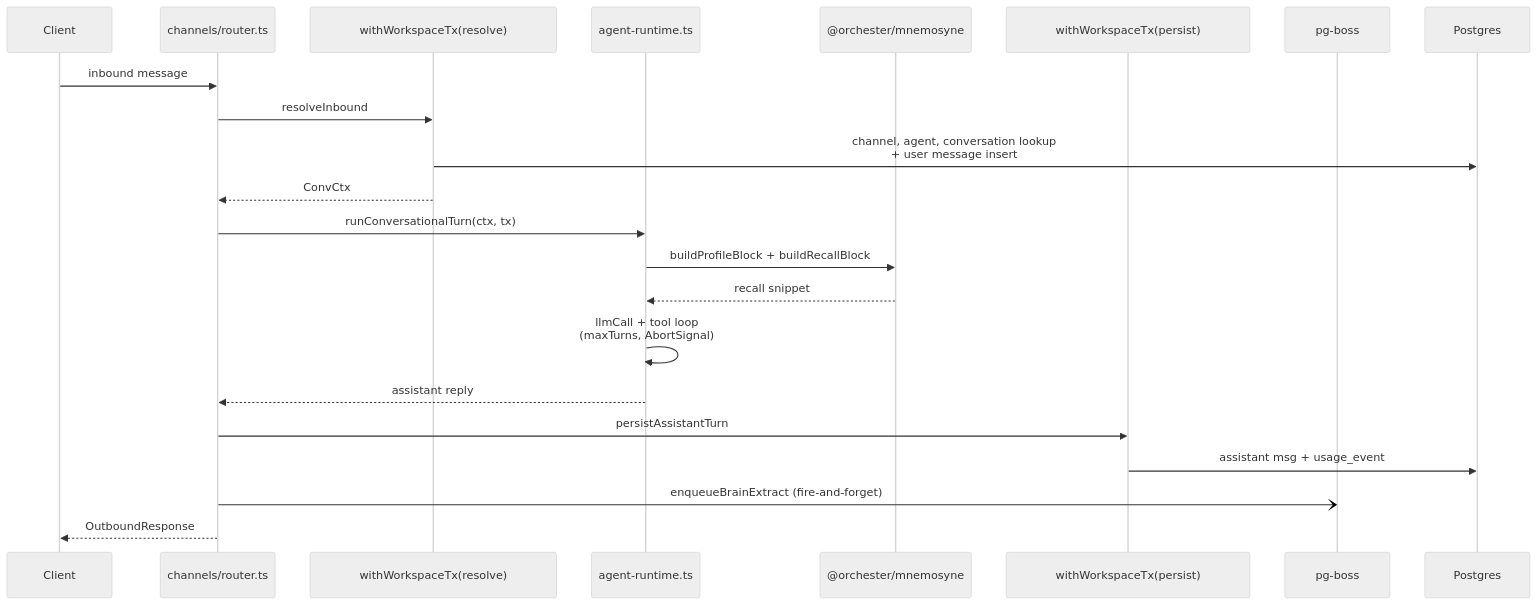
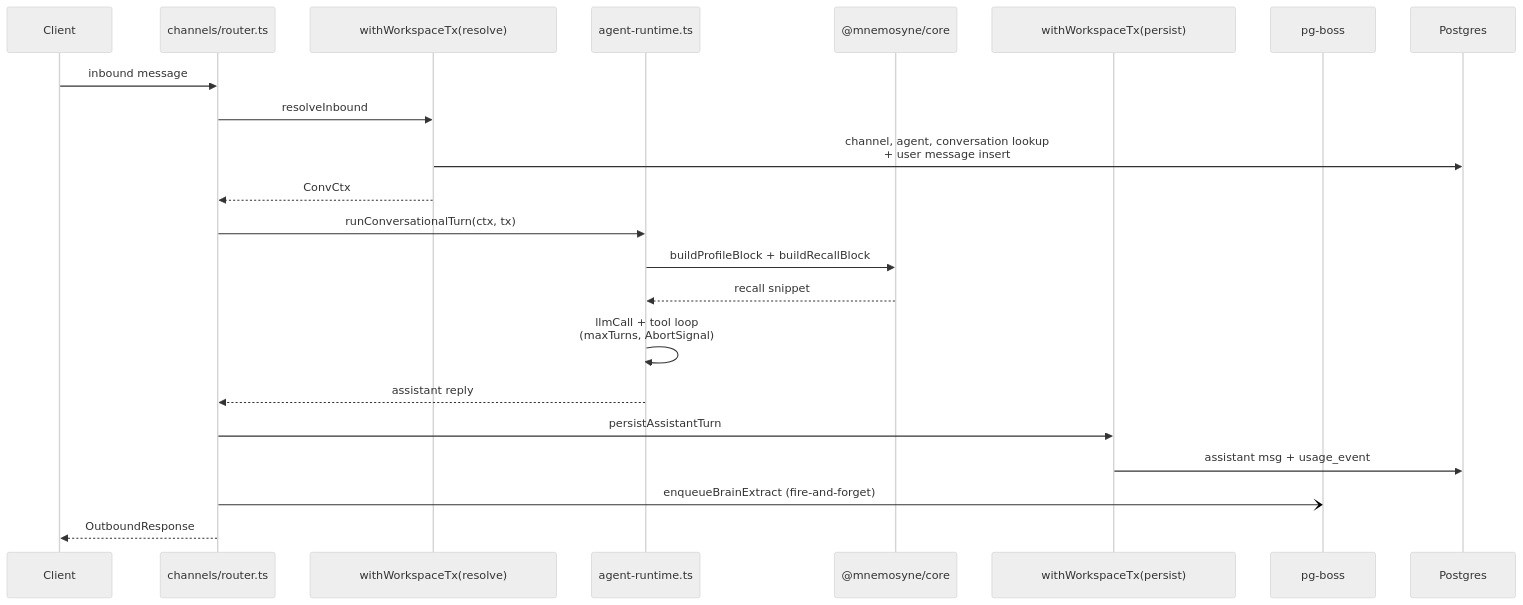
One commit to lucasmailland/orchester changed the fourth of 5 diagrams in docs/ARCHITECTURE.md. Above: the diagram before and after it, drawn with Mermaid (neutral theme). The commit also changed other lines of this file and 1 other file, not shown here.

First line of the commit message:
docs(mnemo): update README + ARCHITECTURE.md to reference standalone @mnemosyne/core repo

````diff
--- a/docs/ARCHITECTURE.md
+++ b/docs/ARCHITECTURE.md
@@ -286,25 +289,25 @@
 ```mermaid
 sequenceDiagram
   participant Client
   participant Router as channels/router.ts
   participant Tx1 as withWorkspaceTx#40;resolve#41;
   participant Agent as agent-runtime.ts
-  participant Mnemo as @orchester/mnemosyne
+  participant Mnemo as @mnemosyne/core
   participant Tx2 as withWorkspaceTx#40;persist#41;
   participant Q as pg-boss
   participant DB as Postgres
 
   Client->>Router: inbound message
   Router->>Tx1: resolveInbound
   Tx1->>DB: channel, agent, conversation lookup<br/>+ user message insert
   Tx1-->>Router: ConvCtx
   Router->>Agent: runConversationalTurn(ctx, tx)
   Agent->>Mnemo: buildProfileBlock + buildRecallBlock
   Mnemo-->>Agent: recall snippet
   Agent->>Agent: llmCall + tool loop<br/>(maxTurns, AbortSignal)
   Agent-->>Router: assistant reply
   Router->>Tx2: persistAssistantTurn
   Tx2->>DB: assistant msg + usage_event
   Router-)Q: enqueueBrainExtract (fire-and-forget)
   Router-->>Client: OutboundResponse
 ```
````
